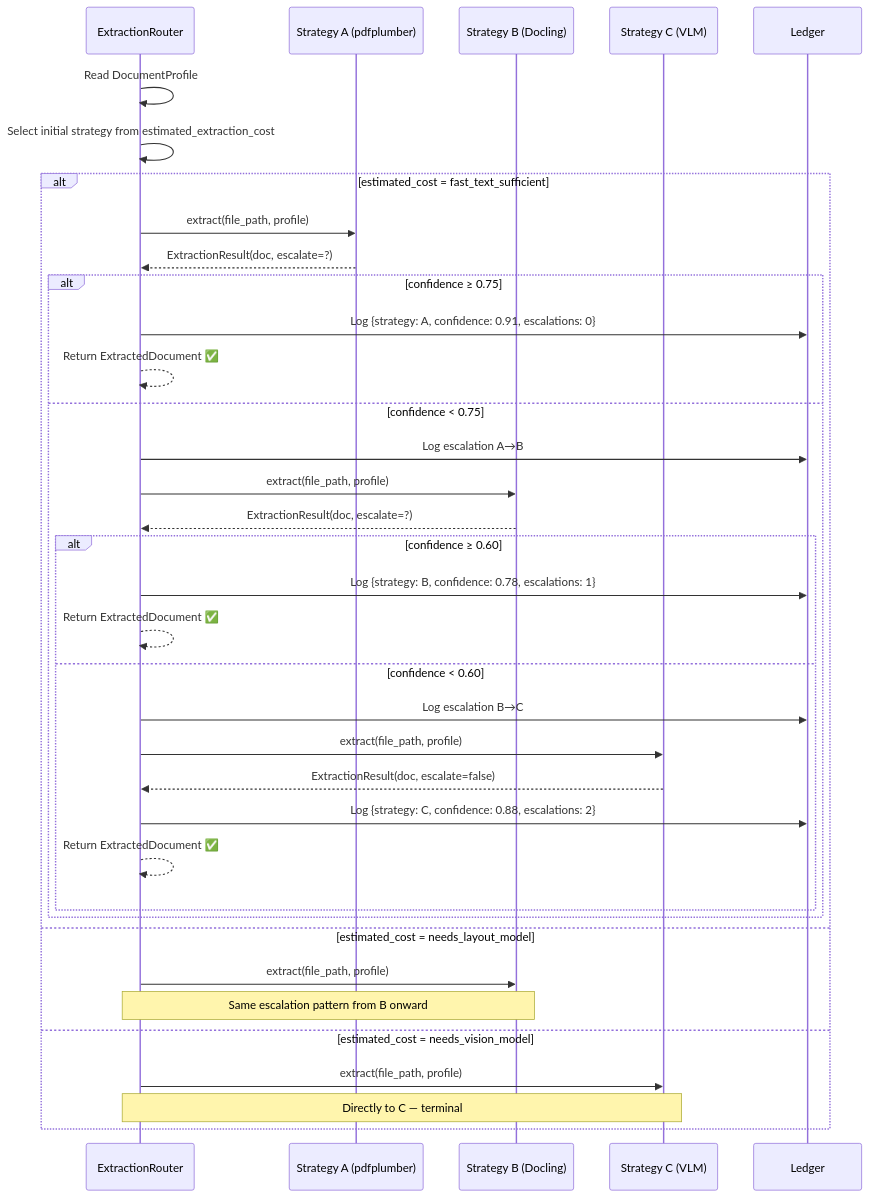
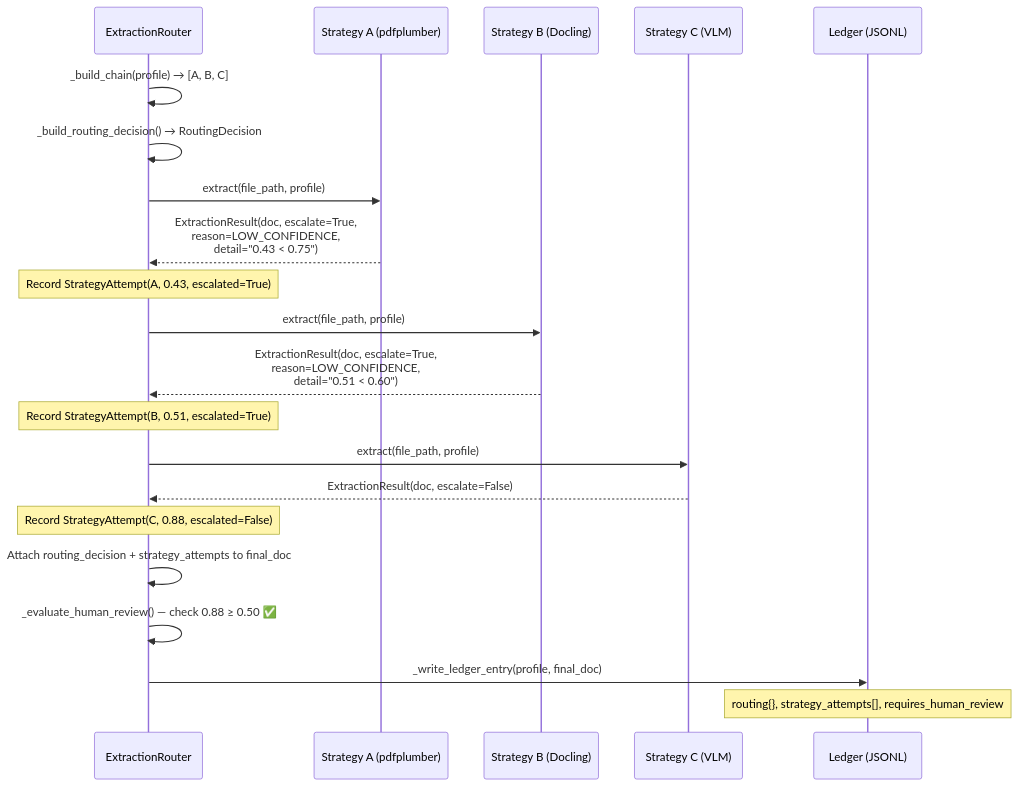
Before and after one commit to Abnet-Melaku1/document-intelligence-refinery: the fourth of 4 diagrams in INTERIM_REPORT.md, drawn with Mermaid. The commit also changed other lines of this file, not shown here.

Commit message:
docs: update interim report with ExtractionRouter routing metadata and human review flag

````diff
--- a/INTERIM_REPORT.md
+++ b/INTERIM_REPORT.md
@@ -733,40 +807,32 @@
 ```mermaid
 sequenceDiagram
     participant Router as ExtractionRouter
     participant A as Strategy A (pdfplumber)
     participant B as Strategy B (Docling)
     participant C as Strategy C (VLM)
-    participant LED as Ledger
+    participant LED as Ledger (JSONL)
 
-    Router->>Router: Read DocumentProfile
-    Router->>Router: Select initial strategy from estimated_extraction_cost
+    Router->>Router: _build_chain(profile) → [A, B, C]
+    Router->>Router: _build_routing_decision() → RoutingDecision
 
-    alt estimated_cost = fast_text_sufficient
-        Router->>A: extract(file_path, profile)
-        A-->>Router: ExtractionResult(doc, escalate=?)
-        alt confidence ≥ 0.75
-            Router->>LED: Log {strategy: A, confidence: 0.91, escalations: 0}
-            Router-->>Router: Return ExtractedDocument ✅
-        else confidence < 0.75
-            Router->>LED: Log escalation A→B
-            Router->>B: extract(file_path, profile)
-            B-->>Router: ExtractionResult(doc, escalate=?)
-            alt confidence ≥ 0.60
-                Router->>LED: Log {strategy: B, confidence: 0.78, escalations: 1}
-                Router-->>Router: Return ExtractedDocument ✅
-            else confidence < 0.60
-                Router->>LED: Log escalation B→C
-                Router->>C: extract(file_path, profile)
-                C-->>Router: ExtractionResult(doc, escalate=false)
-                Router->>LED: Log {strategy: C, confidence: 0.88, escalations: 2}
-                Router-->>Router: Return ExtractedDocument ✅
-            end
-        end
-    else estimated_cost = needs_layout_model
-        Router->>B: extract(file_path, profile)
-        Note over Router,B: Same escalation pattern from B onward
-    else estimated_cost = needs_vision_model
-        Router->>C: extract(file_path, profile)
-        Note over Router,C: Directly to C — terminal
-    end
+    Router->>A: extract(file_path, profile)
+    A-->>Router: ExtractionResult(doc, escalate=True,<br/>reason=LOW_CONFIDENCE,<br/>detail="0.43 < 0.75")
+
+    Note over Router: Record StrategyAttempt(A, 0.43, escalated=True)
+
+    Router->>B: extract(file_path, profile)
+    B-->>Router: ExtractionResult(doc, escalate=True,<br/>reason=LOW_CONFIDENCE,<br/>detail="0.51 < 0.60")
+
+    Note over Router: Record StrategyAttempt(B, 0.51, escalated=True)
+
+    Router->>C: extract(file_path, profile)
+    C-->>Router: ExtractionResult(doc, escalate=False)
+
+    Note over Router: Record StrategyAttempt(C, 0.88, escalated=False)
+
+    Router->>Router: Attach routing_decision + strategy_attempts to final_doc
+    Router->>Router: _evaluate_human_review() — check 0.88 ≥ 0.50 ✅
+
+    Router->>LED: _write_ledger_entry(profile, final_doc)
+    Note over LED: routing{}, strategy_attempts[], requires_human_review
 ```
````
